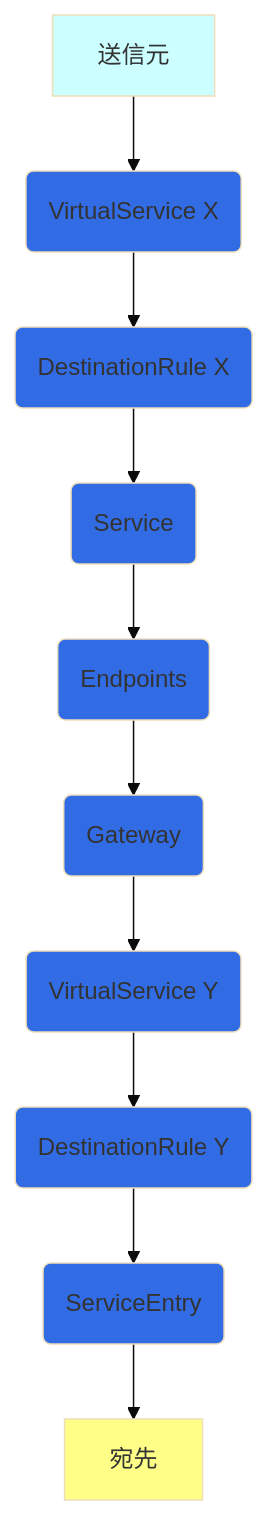
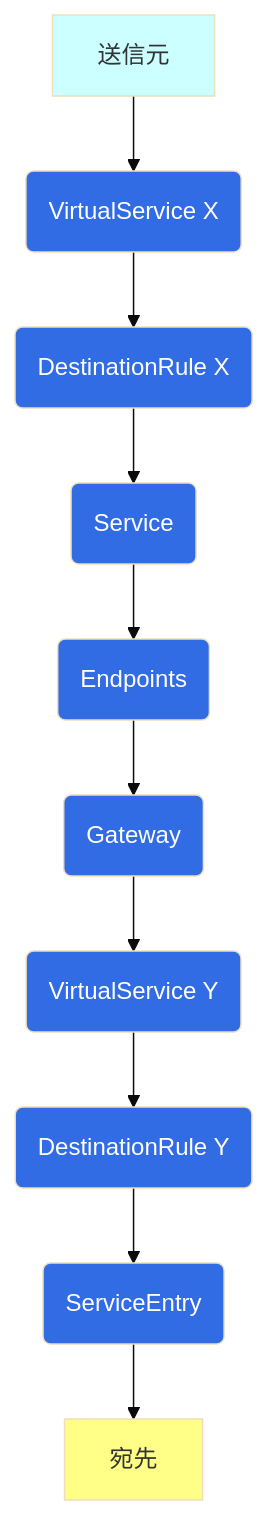
Before and after one commit to hiroki-it/hatenablog: the third of 4 diagrams in dist/draft/【Istio⛵️】IstioによるEnvoyの抽象化.md, drawn with Mermaid (base theme). The commit also changed other lines of this file, not shown here.

````diff
--- a/dist/draft/【Istio⛵️】IstioによるEnvoyの抽象化.md
+++ b/dist/draft/【Istio⛵️】IstioによるEnvoyの抽象化.md
@@ -140,21 +140,21 @@
 ```mermaid
 flowchart TD
     送信元 --> VirtualServiceX
-    VirtualServiceX(VirtualService X) --> DestinationRuleX
-    DestinationRuleX(DestinationRule X) --> Service
-    Service(Service) --> Endpoints
-    Endpoints(Endpoints) --> Gateway
-    Gateway(Gateway) --> VirtualServiceY
-    VirtualServiceY(VirtualService Y) --> DestinationRuleY
-    DestinationRuleY(DestinationRule Y) --> ServiceEntry
-    ServiceEntry(ServiceEntry) --> 宛先
+    VirtualServiceX(<font color=white>VirtualService X) --> DestinationRuleX
+    DestinationRuleX(<font color=white>DestinationRule X) --> Service
+    Service(<font color=white>Service) --> Endpoints
+    Endpoints(<font color=white>Endpoints) --> Gateway
+    Gateway(<font color=white>Gateway) --> VirtualServiceY
+    VirtualServiceY(<font color=white>VirtualService Y) --> DestinationRuleY
+    DestinationRuleY(<font color=white>DestinationRule Y) --> ServiceEntry
+    ServiceEntry(<font color=white>ServiceEntry) --> 宛先
 
     classDef sly fill :#CCFFFF;
     class 送信元 sly
 
     classDef yellow fill :#FFFF88;
     class 宛先 yellow
 
     classDef blue fill :#326CE5;
     class Gateway,VirtualServiceX,VirtualServiceY,DestinationRuleX,DestinationRuleY,Service,Endpoints,ServiceEntry blue
 ```
````
